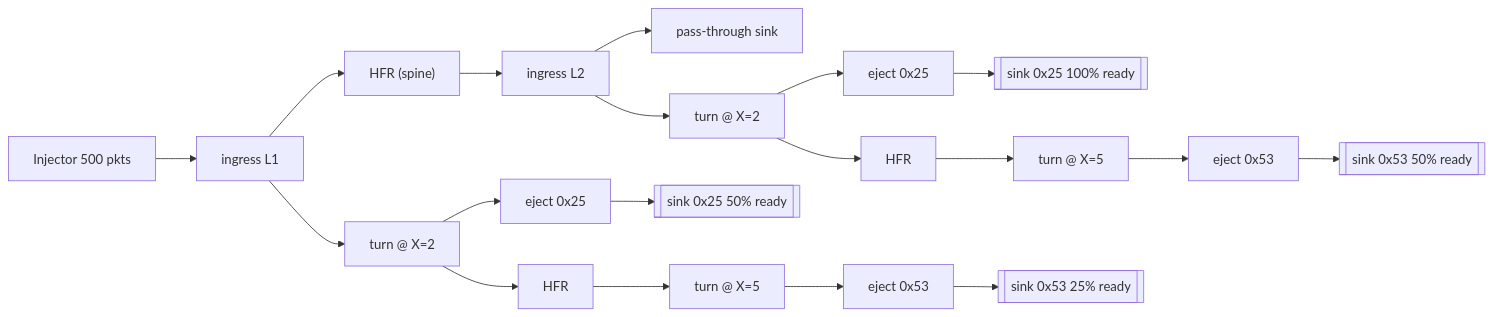
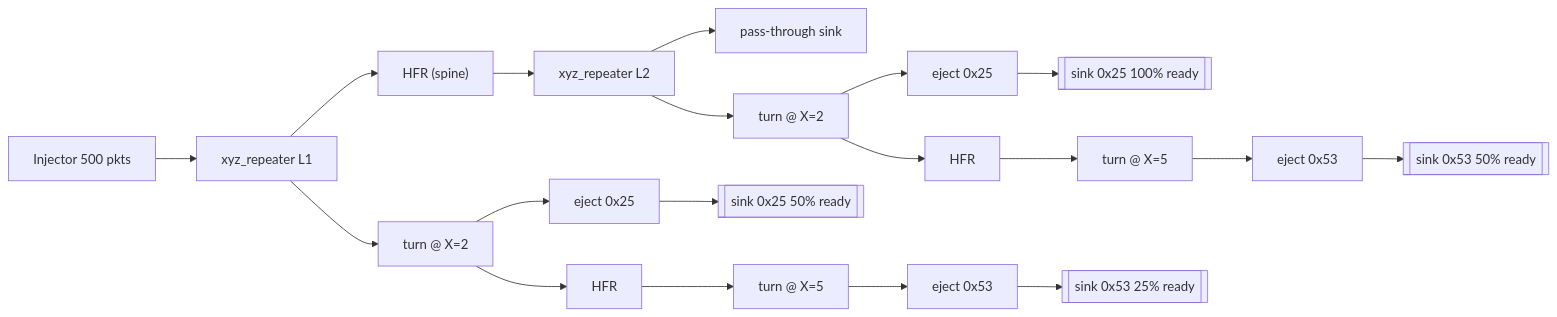
Before and after one commit to im-BowenGu/PNM-Arch: the third of 4 diagrams in README.md, drawn with Mermaid. The commit also changed other lines of this file and 15 other files, not shown here.

````diff
--- a/README.md
+++ b/README.md
@@ -110,17 +126,17 @@
 ```mermaid
 flowchart LR
-    inj[Injector 500 pkts] --> i1["ingress L1"]
-    i1 --> hsp["HFR (spine)"]
-    hsp --> i2["ingress L2"]
-    i2 --> pass[pass-through sink]
+    inj[Injector 500 pkts] --> r1["xyz_repeater L1"]
+    r1 --> hsp["HFR (spine)"]
+    hsp --> r2["xyz_repeater L2"]
+    r2 --> pass[pass-through sink]
 
-    i1 --> t2["turn @ X=2"]
+    r1 --> t2["turn @ X=2"]
     t2 --> ej25["eject 0x25"] --> s25[["sink 0x25 50% ready"]]
     t2 --> hx1["HFR"] --> t5["turn @ X=5"]
     t5 --> ej53["eject 0x53"] --> s53[["sink 0x53 25% ready"]]
 
-    i2 --> t22["turn @ X=2"]
+    r2 --> t22["turn @ X=2"]
     t22 --> ej225["eject 0x25"] --> s225[["sink 0x25 100% ready"]]
     t22 --> hx2["HFR"] --> t25["turn @ X=5"]
     t25 --> ej253["eject 0x53"] --> s253[["sink 0x53 50% ready"]]
 ```
````
